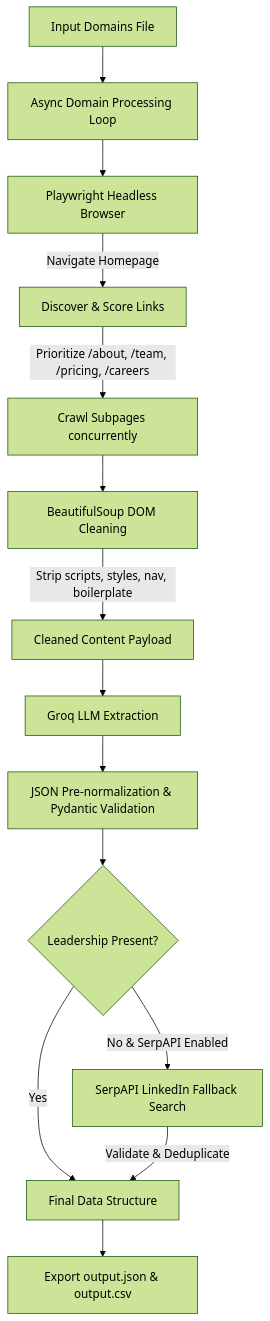
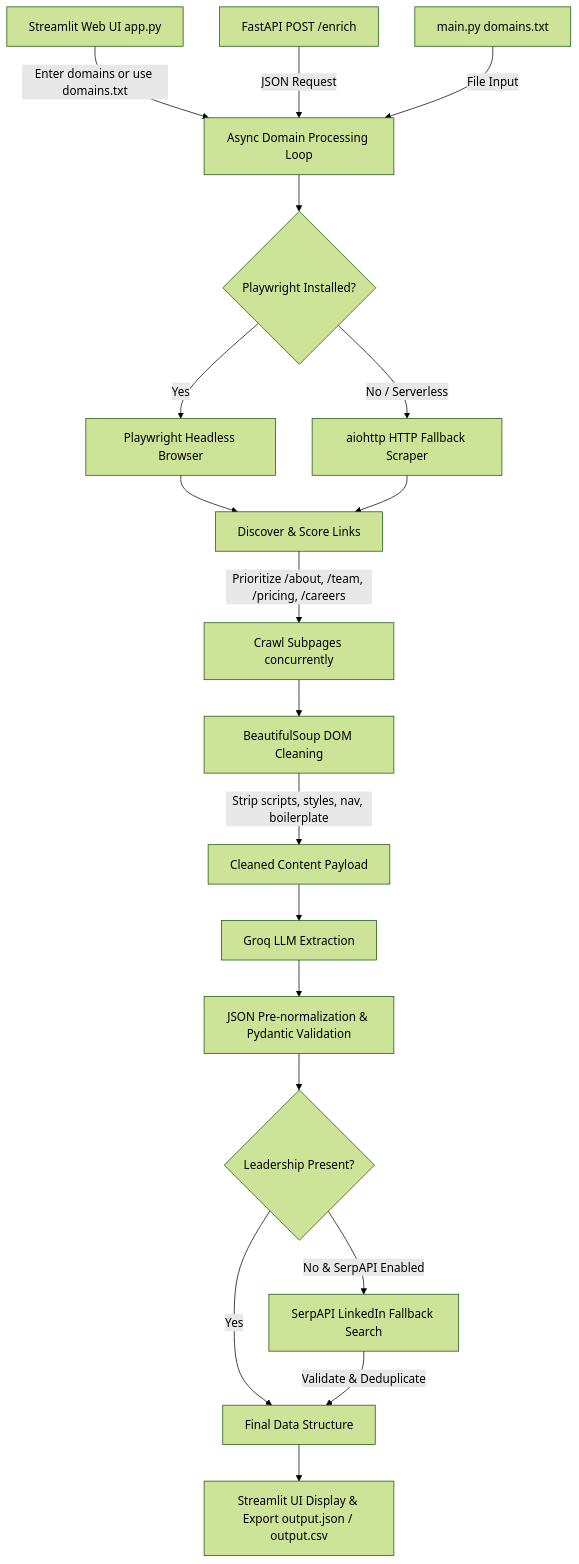
One commit to Dinesh-Sharma2004/Lead_Enrichment_Agent changed the diagram in docs/ARCHITECTURE.md. Above: the diagram before and after it, drawn with Mermaid (forest theme). The commit also changed other lines of this file and 3 other files, not shown here.

Commit message:
docs: update README.md and documentation modules with Streamlit UI, Vercel setup, and HTTP fallback details

````diff
--- a/docs/ARCHITECTURE.md
+++ b/docs/ARCHITECTURE.md
@@ -7,16 +7,24 @@
 ```mermaid
 flowchart TD
-    A[Input Domains File] --> B[Async Domain Processing Loop]
-    B --> C[Playwright Headless Browser]
-    C -->|Navigate Homepage| D[Discover & Score Links]
-    D -->|Prioritize /about, /team, /pricing, /careers| E[Crawl Subpages concurrently]
-    E --> F[BeautifulSoup DOM Cleaning]
-    F -->|Strip scripts, styles, nav, boilerplate| G[Cleaned Content Payload]
-    G --> H[Groq LLM Extraction]
-    H --> I[JSON Pre-normalization & Pydantic Validation]
-    I --> J{Leadership Present?}
-    J -- Yes --> L[Final Data Structure]
-    J -- No & SerpAPI Enabled --> K[SerpAPI LinkedIn Fallback Search]
-    K -->|Validate & Deduplicate| L
-    L --> M[Export output.json & output.csv]
+    UI[Streamlit Web UI app.py] -->|Enter domains or use domains.txt| B[Async Domain Processing Loop]
+    API[FastAPI POST /enrich] -->|JSON Request| B
+    CLI[main.py domains.txt] -->|File Input| B
+    
+    B --> C{Playwright Installed?}
+    C -- Yes --> D1[Playwright Headless Browser]
+    C -- No / Serverless --> D2[aiohttp HTTP Fallback Scraper]
+    
+    D1 --> E[Discover & Score Links]
+    D2 --> E
+    
+    E -->|Prioritize /about, /team, /pricing, /careers| F[Crawl Subpages concurrently]
+    F --> G[BeautifulSoup DOM Cleaning]
+    G -->|Strip scripts, styles, nav, boilerplate| H[Cleaned Content Payload]
+    H --> I[Groq LLM Extraction]
+    I --> J[JSON Pre-normalization & Pydantic Validation]
+    J --> K{Leadership Present?}
+    K -- Yes --> M[Final Data Structure]
+    K -- No & SerpAPI Enabled --> L[SerpAPI LinkedIn Fallback Search]
+    L -->|Validate & Deduplicate| M
+    M --> N[Streamlit UI Display & Export output.json / output.csv]
 ```
````
